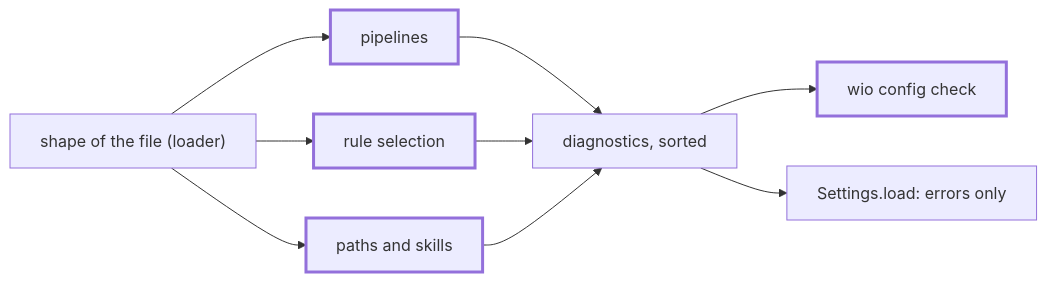
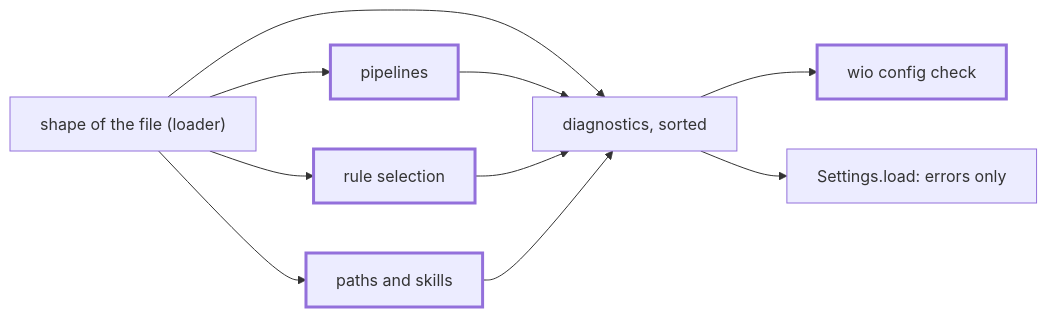
One commit to msitarz/wio changed the diagram in .agents/wio/works/config/checks/README.md. Above: the diagram before and after it, drawn with Mermaid. The commit also changed other lines of this file and 8 other files, not shown here.

````diff
--- a/.agents/wio/works/config/checks/README.md
+++ b/.agents/wio/works/config/checks/README.md
@@ -73,12 +68,13 @@
 ```mermaid
 flowchart LR
     shape["shape of the file (loader)"] --> pipelines["pipelines"]:::new
+    shape --> out
     shape --> rules["rule selection"]:::new
     shape --> paths["paths and skills"]:::new
     pipelines --> out["diagnostics, sorted"]
     rules --> out
     paths --> out
     out --> check["wio config check"]:::new
     out --> load["Settings.load: errors only"]
     classDef new stroke-width: 3px
 ```
````
